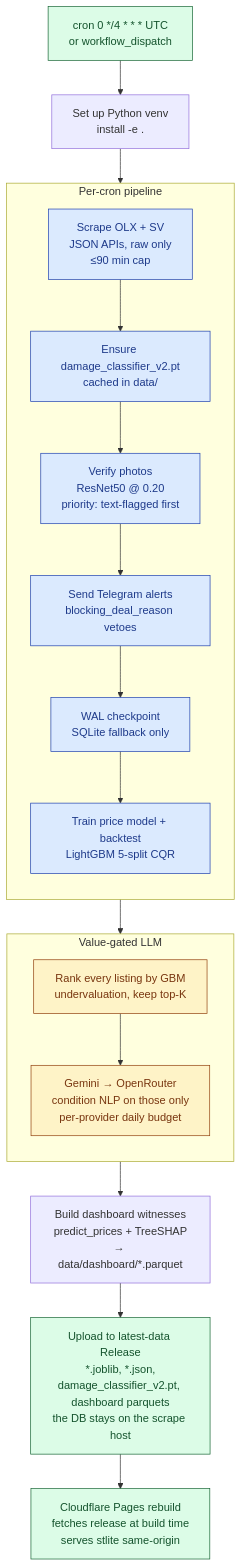
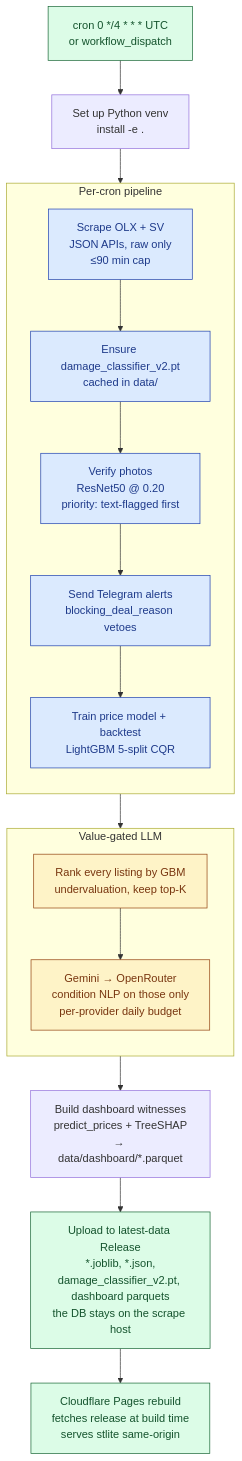
One commit to nikit34/olx-car-parser changed the first of 2 diagrams in README.md. Above: the diagram before and after it, drawn with Mermaid. The commit also changed other lines of this file and 22 other files, not shown here.

````diff
--- a/README.md
+++ b/README.md
@@ -32,32 +32,31 @@
 ```mermaid
 flowchart TD
     Cron[cron 0 */4 * * * UTC<br/>or workflow_dispatch] --> Setup
     Setup[Set up Python venv<br/>install -e .] --> Scrape
 
     subgraph Pipeline [Per-cron pipeline]
       direction TB
       Scrape[Scrape OLX + SV<br/>JSON APIs, raw only<br/>≤90 min cap] --> Weights[Ensure damage_classifier_v2.pt<br/>cached in data/]
       Weights --> Verify[Verify photos<br/>ResNet50 @ 0.20<br/>priority: text-flagged first]
       Verify --> Alerts[Send Telegram alerts<br/>blocking_deal_reason vetoes]
-      Alerts --> Checkpoint[WAL checkpoint<br/>SQLite fallback only]
-      Checkpoint --> Train[Train price model + backtest<br/>LightGBM 5-split CQR]
+      Alerts --> Train[Train price model + backtest<br/>LightGBM 5-split CQR]
     end
 
     Train --> Enrich
 
     subgraph LLMStep [Value-gated LLM]
       direction TB
       Enrich[Rank every listing by GBM<br/>undervaluation, keep top-K] --> Cascade[Gemini → OpenRouter<br/>condition NLP on those only<br/>per-provider daily budget]
     end
 
     Cascade --> Witnesses[Build dashboard witnesses<br/>predict_prices + TreeSHAP<br/>→ data/dashboard/*.parquet]
     Witnesses --> Upload[Upload to latest-data Release<br/>*.joblib, *.json,<br/>damage_classifier_v2.pt, dashboard parquets<br/>the DB stays on the scrape host]
     Upload --> Dashboard[Cloudflare Pages rebuild<br/>fetches release at build time<br/>serves stlite same-origin]
 
     classDef gate fill:#fef3c7,stroke:#92400e,color:#78350f
     classDef step fill:#dbeafe,stroke:#1e40af,color:#1e3a8a
     classDef terminal fill:#dcfce7,stroke:#166534,color:#14532d
     class Enrich,Cascade gate
     class Scrape,Weights,Verify,Alerts,Checkpoint,Train step
     class Cron,Upload,Dashboard terminal
 ```
````
